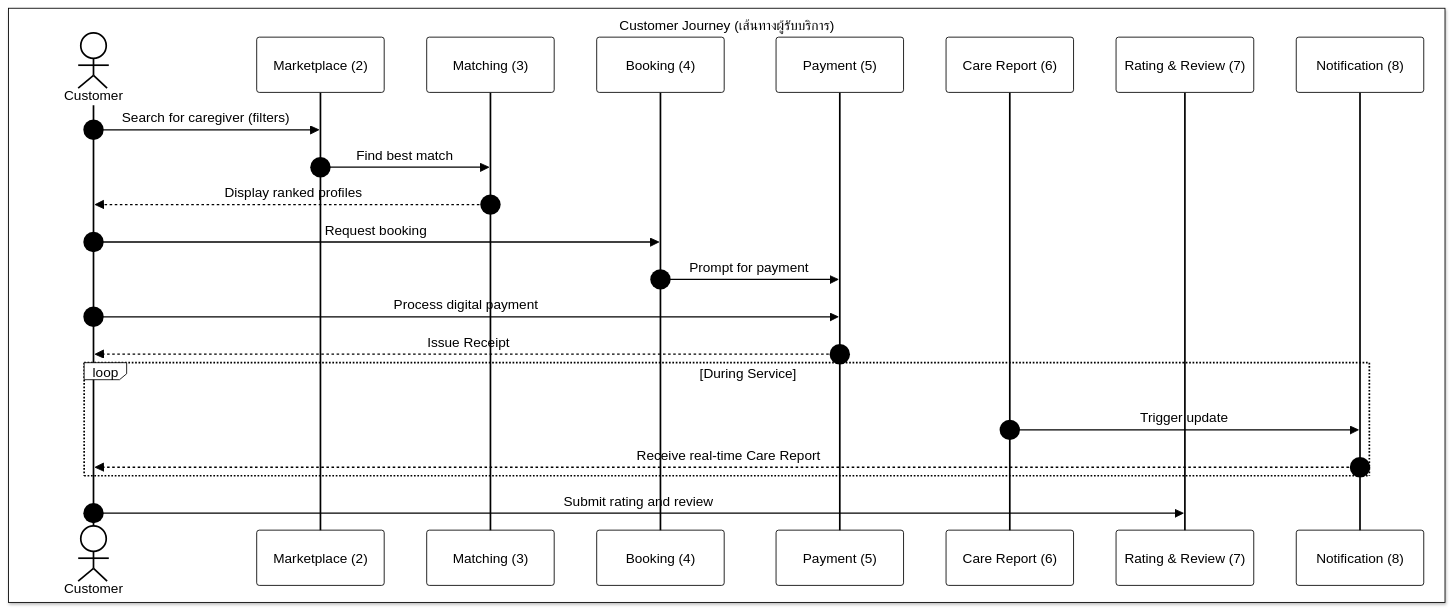
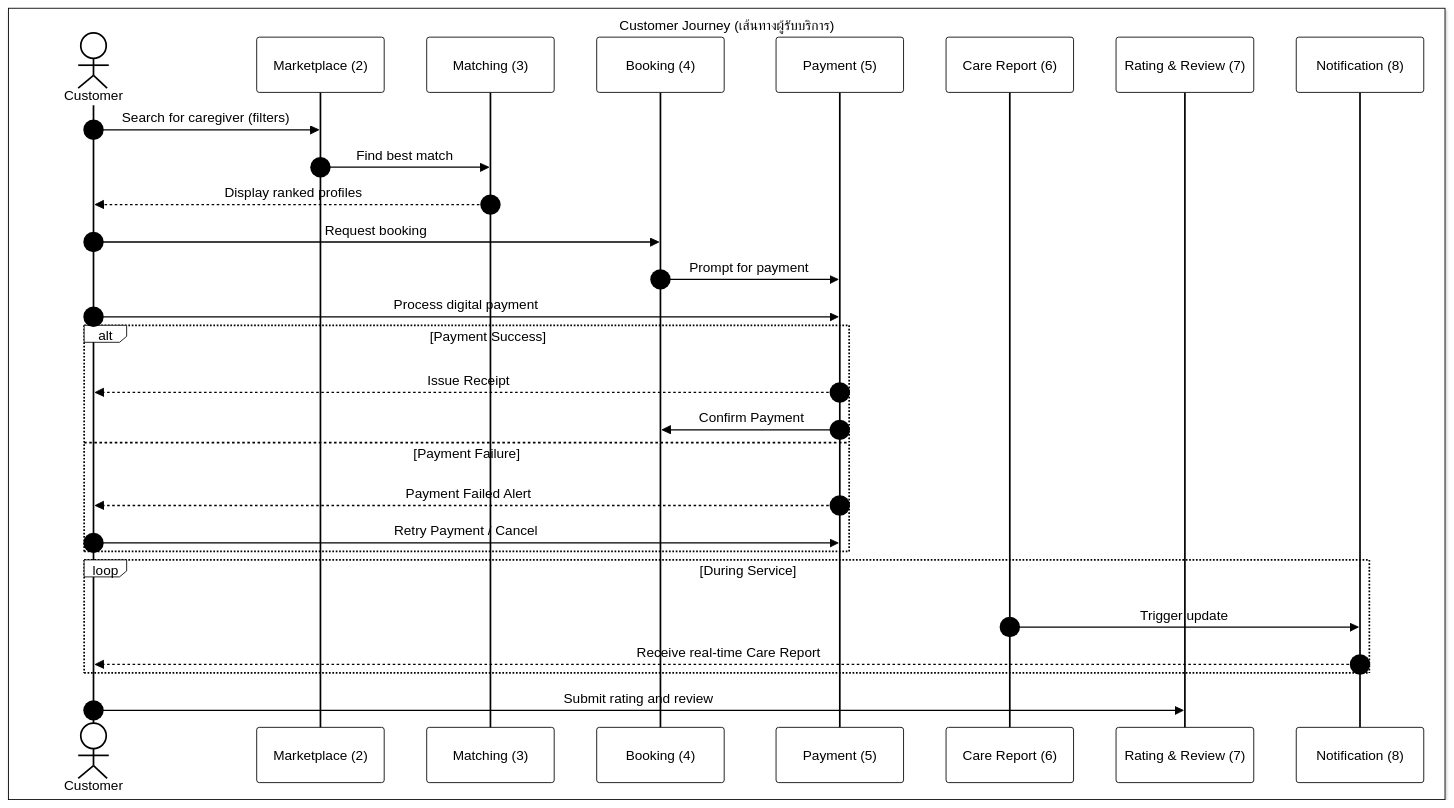
The second of 6 diagrams in workflow/WORKFLOW.md (warattapobwaiarsa/CareDee_Project_Doc), drawn with Mermaid before and after one commit. The commit also changed other lines of this file and 6 other files, not shown here.

````diff
--- a/workflow/WORKFLOW.md
+++ b/workflow/WORKFLOW.md
@@ -99,29 +99,35 @@
 ```mermaid
 %%{init: { 'theme': 'base', 'themeVariables': { 'darkMode': false, 'background': '#ffffff', 'mainBkg': '#ffffff', 'primaryColor': '#ffffff', 'primaryTextColor': '#000000', 'primaryBorderColor': '#000000', 'lineColor': '#000000', 'secondaryColor': '#ffffff', 'tertiaryColor': '#ffffff', 'actorBkg': '#ffffff', 'actorTextColor': '#000000', 'actorLineColor': '#000000', 'participantBkg': '#ffffff', 'participantTextColor': '#000000', 'participantBorderColor': '#000000', 'signalColor': '#000000', 'signalTextColor': '#000000', 'labelTextColor': '#000000', 'loopTextColor': '#000000', 'noteBkgColor': '#ffffff', 'noteTextColor': '#000000', 'activationBkgColor': '#ffffff', 'activationBorderColor': '#000000', 'sequenceNumberColor': '#000000' }, 'themeCSS': 'svg { background-color: white !important; background: white !important; } rect, circle, path, line, polygon, .labelBox, .cluster rect, .actor, .participant, .note, .activation { fill: white !important; stroke: black !important; stroke-width: 2px !important; } text, tspan, .loopText, .messageText, .noteText, .sequenceNumber { fill: black !important; color: black !important; font-weight: bold !important; font-size: 14px !important; } .cluster rect { stroke-dasharray: 0 !important; }' } }%%
 sequenceDiagram
     autonumber
 
     box white Customer Journey (เส้นทางผู้รับบริการ)
         actor C as Customer
         participant MK as Marketplace (2)
         participant MT as Matching (3)
         participant BK as Booking (4)
         participant PM as Payment (5)
         participant CR as Care Report (6)
         participant RR as Rating & Review (7)
         participant NT as Notification (8)
     end
 
     C->>MK: Search for caregiver (filters)
     MK->>MT: Find best match
     MT-->>C: Display ranked profiles
     C->>BK: Request booking
     BK->>PM: Prompt for payment
     C->>PM: Process digital payment
-    PM-->>C: Issue Receipt
+    alt Payment Success
+        PM-->>C: Issue Receipt
+        PM->>BK: Confirm Payment
+    else Payment Failure
+        PM-->>C: Payment Failed Alert
+        C->>PM: Retry Payment / Cancel
+    end
     loop During Service
         CR->>NT: Trigger update
         NT-->>C: Receive real-time Care Report
     end
     C->>RR: Submit rating and review
 ```
````
